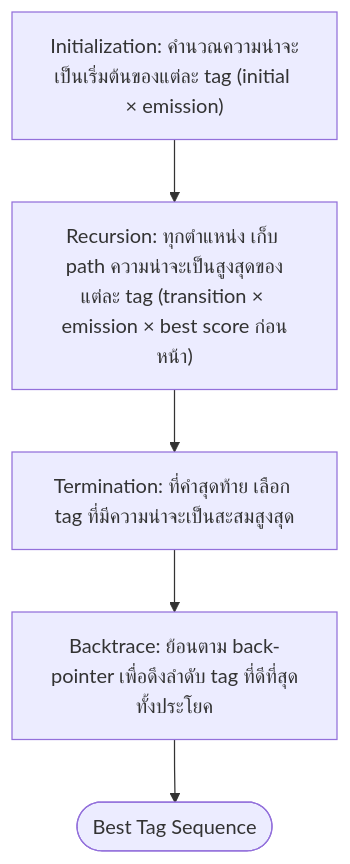
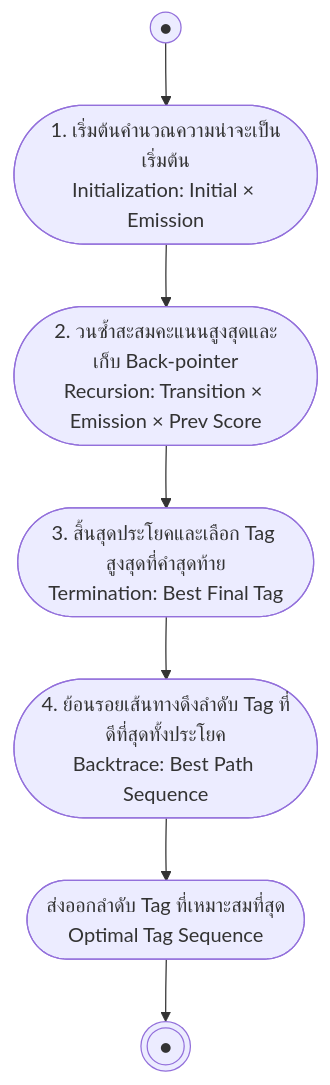
The diagram in 01_Lectures/Week2/Word-Segmentation-POS-Tagging-Sequence-Labeling.md (PhuriphatTyPeZ3r0/Course-1323404-Natural-Language-Processing-2026), drawn with Mermaid before and after one commit. The commit also changed 14 other files, not shown here.

Commit message:
refactor: standardize diagrams to UML specifications across notes and templates

````diff
--- a/01_Lectures/Week2/Word-Segmentation-POS-Tagging-Sequence-Labeling.md
+++ b/01_Lectures/Week2/Word-Segmentation-POS-Tagging-Sequence-Labeling.md
@@ -100,7 +100,9 @@
 ```mermaid
 flowchart TD
-    Init["Initialization: คำนวณความน่าจะเป็นเริ่มต้นของแต่ละ tag (initial × emission)"] --> Recur["Recursion: ทุกตำแหน่ง เก็บ path ความน่าจะเป็นสูงสุดของแต่ละ tag (transition × emission × best score ก่อนหน้า)"]
-    Recur --> Term["Termination: ที่คำสุดท้าย เลือก tag ที่มีความน่าจะเป็นสะสมสูงสุด"]
-    Term --> Back["Backtrace: ย้อนตาม back-pointer เพื่อดึงลำดับ tag ที่ดีที่สุดทั้งประโยค"]
-    Back --> Done(["Best Tag Sequence"])
+    Start((●)) --> Init([1. เริ่มต้นคำนวณความน่าจะเป็นเริ่มต้น<br>Initialization: Initial × Emission])
+    Init --> Recur([2. วนซ้ำสะสมคะแนนสูงสุดและเก็บ Back-pointer<br>Recursion: Transition × Emission × Prev Score])
+    Recur --> Term([3. สิ้นสุดประโยคและเลือก Tag สูงสุดที่คำสุดท้าย<br>Termination: Best Final Tag])
+    Term --> Back([4. ย้อนรอยเส้นทางดึงลำดับ Tag ที่ดีที่สุดทั้งประโยค<br>Backtrace: Best Path Sequence])
+    Back --> Done([ส่งออกลำดับ Tag ที่เหมาะสมที่สุด<br>Optimal Tag Sequence])
+    Done --> EndNode(((●)))
 ```
````
